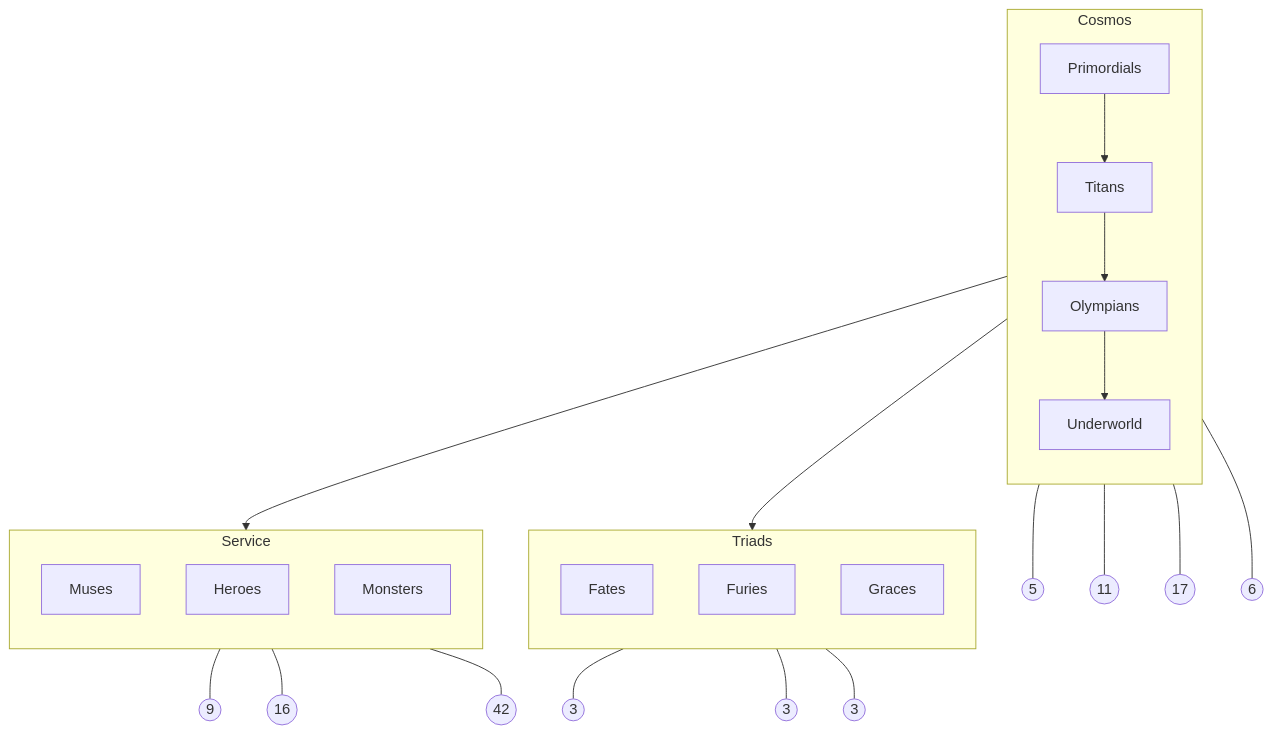
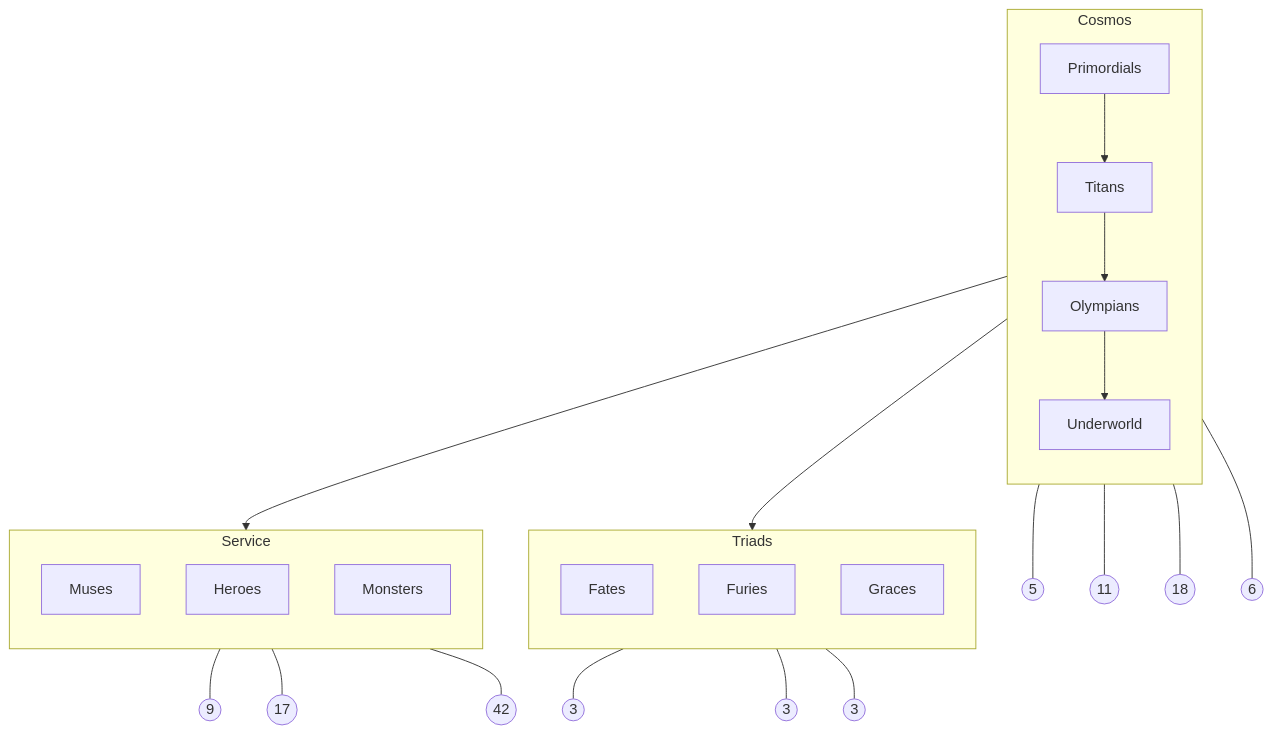
Before and after one commit to EgorKhaklin/olympus-ai: the second of 2 diagrams in codex/ARCHITECTURE.md, drawn with Mermaid. The commit also changed other lines of this file and 19 other files, not shown here.

````diff
--- a/codex/ARCHITECTURE.md
+++ b/codex/ARCHITECTURE.md
@@ -297,42 +297,42 @@
 ```mermaid
 %% Tier map — generated by Daedalus.
 flowchart TB
 
     subgraph Cosmos
         direction TB
         Primordials[Primordials]
         Titans[Titans]
         Olympians[Olympians]
         Underworld[Underworld]
     end
 
     subgraph Triads
         direction TB
         Fates[Fates]
         Furies[Furies]
         Graces[Graces]
     end
 
     subgraph Service
         direction TB
         Muses[Muses]
         Heroes[Heroes]
         Monsters[Monsters]
     end
 
     Primordials --> Titans --> Olympians
     Olympians --> Underworld
     Olympians --> Triads
     Olympians --> Service
 
     Primordials --- PrimordialsCount((5))
     Titans --- TitansCount((11))
-    Olympians --- OlympiansCount((17))
+    Olympians --- OlympiansCount((18))
     Underworld --- UnderworldCount((6))
     Fates --- FatesCount((3))
     Furies --- FuriesCount((3))
     Graces --- GracesCount((3))
     Muses --- MusesCount((9))
-    Heroes --- HeroesCount((16))
+    Heroes --- HeroesCount((17))
     Monsters --- MonstersCount((42))
 ```
````
